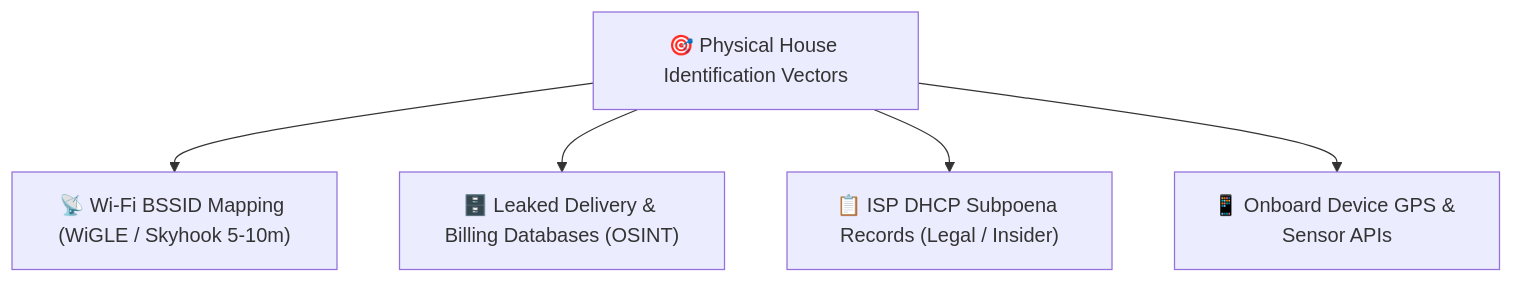
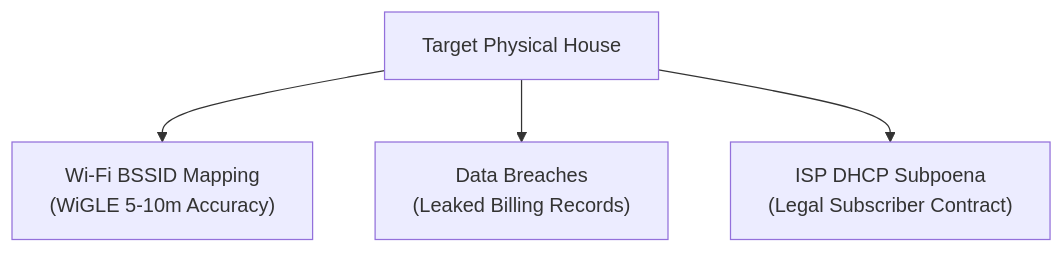
Before and after one commit to DaddyZyn/Cyber-security-notes: the second of 2 diagrams in topics/03-ip-tracking-and-geolocation/README.md, drawn with Mermaid. The commit also changed other lines of this file and 19 other files, not shown here.

Commit message:
fix: overhaul all Mermaid diagrams with clean vertical layouts and short line-wrapping to prevent GitHub clipping

````diff
--- a/topics/03-ip-tracking-and-geolocation/README.md
+++ b/topics/03-ip-tracking-and-geolocation/README.md
@@ -84,7 +82,7 @@
 ```mermaid
 flowchart TD
-    A["🎯 Physical House Identification Vectors"] --> B["📡 Wi-Fi BSSID Mapping (WiGLE / Skyhook 5-10m)"]
-    A --> C["🗄️ Leaked Delivery & Billing Databases (OSINT)"]
-    A --> D["📋 ISP DHCP Subpoena Records (Legal / Insider)"]
-    A --> E["📱 Onboard Device GPS & Sensor APIs"]
+    A["Target Physical House"]
+    A --> BSSID["Wi-Fi BSSID Mapping<br/>(WiGLE 5-10m Accuracy)"]
+    A --> Breach["Data Breaches<br/>(Leaked Billing Records)"]
+    A --> ISP["ISP DHCP Subpoena<br/>(Legal Subscriber Contract)"]
 ```
````
